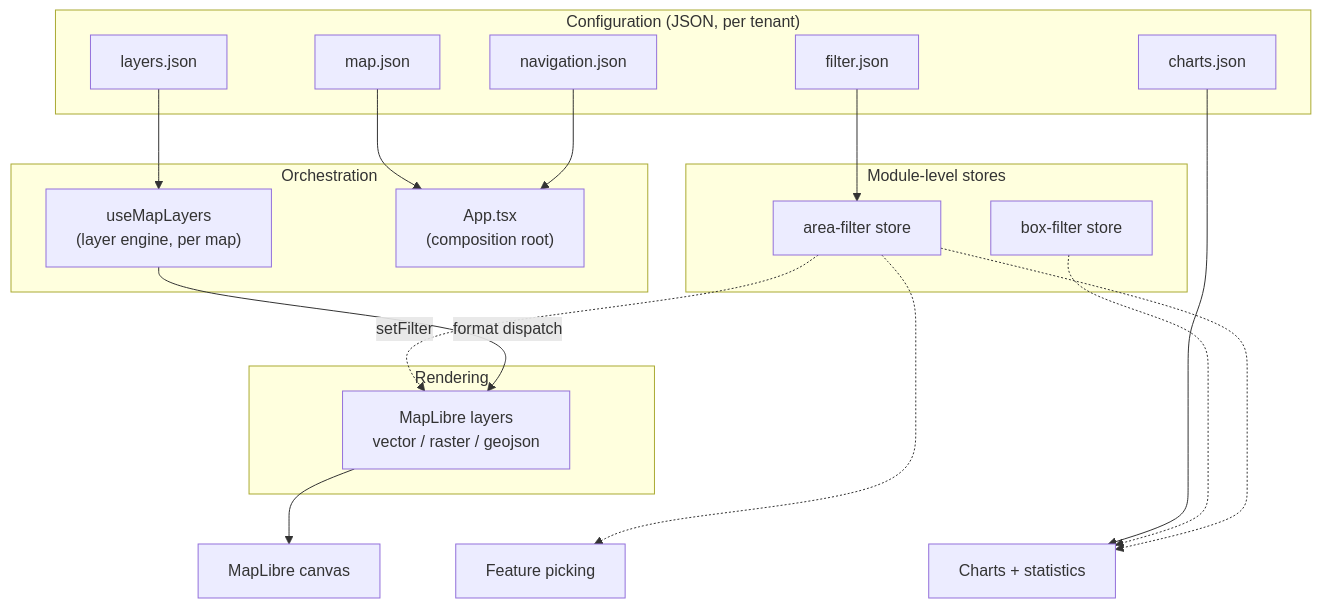
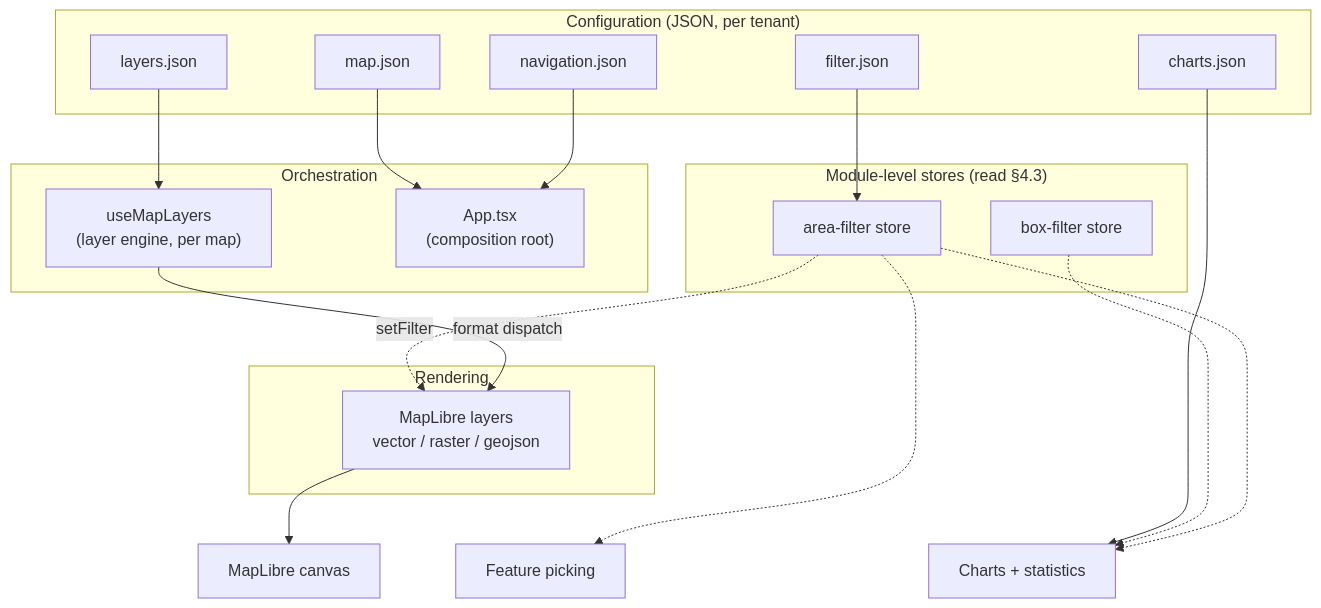
Before and after one commit to ObjectVision/DeRondeKaart: the second of 4 diagrams in docs/system-design.md, drawn with Mermaid. The commit also changed other lines of this file, not shown here.

````diff
--- a/docs/system-design.md
+++ b/docs/system-design.md
@@ -164,44 +164,44 @@
 ```mermaid
 flowchart TD
     subgraph config["Configuration (JSON, per tenant)"]
         lj["layers.json"]
         nj["navigation.json"]
         cj["charts.json"]
         fj["filter.json"]
         mj["map.json"]
     end
 
     subgraph state["Orchestration"]
         uml["useMapLayers<br/>(layer engine, per map)"]
         app["App.tsx<br/>(composition root)"]
     end
 
-    subgraph stores["Module-level stores"]
+    subgraph stores["Module-level stores (read §4.3)"]
         af["area-filter store"]
         bf["box-filter store"]
     end
 
     subgraph render["Rendering"]
         ml["MapLibre layers<br/>vector / raster / geojson"]
     end
 
     canvas["MapLibre canvas"]
     charts["Charts + statistics"]
     pick["Feature picking"]
 
     lj --> uml
     nj --> app
     mj --> app
     uml -->|"format dispatch"| ml
     ml --> canvas
     af -.->|"setFilter"| ml
     af -.-> pick
     af -.-> charts
     bf -.-> charts
     cj --> charts
     fj --> af
 
     %% Layout only: invisible edges putting the three outputs on one rank.
     ml ~~~ charts
     ml ~~~ pick
 ```
````
